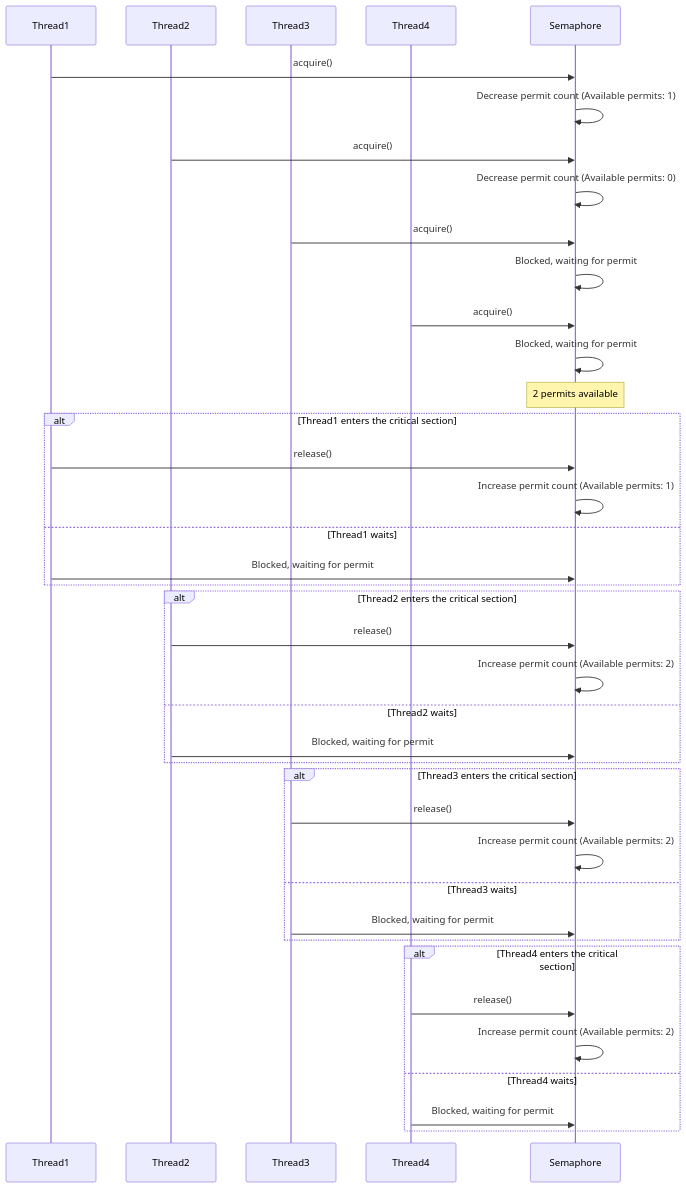
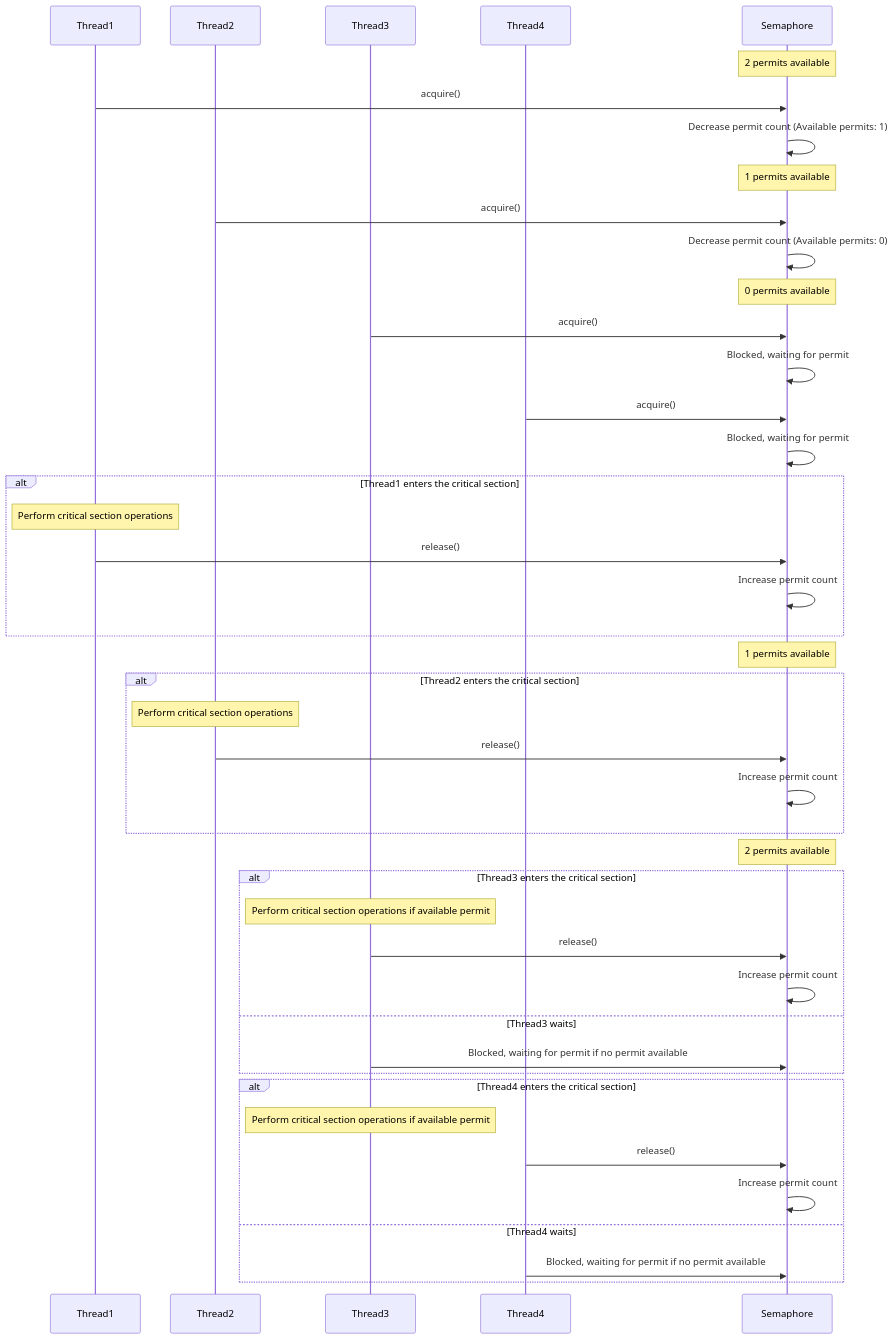
Before and after one commit to dtherhtun/Learning-Java: the first of 5 diagrams in src/com/turing/javase4thbatch/synchronizers/README.md, drawn with Mermaid. The commit also changed other lines of this file, not shown here.

Commit message:
update Diagram code

````diff
--- a/src/com/turing/javase4thbatch/synchronizers/README.md
+++ b/src/com/turing/javase4thbatch/synchronizers/README.md
@@ -7,48 +7,51 @@
 ```mermaid
 sequenceDiagram
     participant Thread1
     participant Thread2
     participant Thread3
     participant Thread4
     participant Semaphore
+    
+    Note over Semaphore: 2 permits available
 
     Thread1->>Semaphore: acquire()
     Semaphore->>Semaphore: Decrease permit count (Available permits: 1)
+    Note over Semaphore: 1 permits available
     Thread2->>Semaphore: acquire()
     Semaphore->>Semaphore: Decrease permit count (Available permits: 0)
+    Note over Semaphore: 0 permits available
     Thread3->>Semaphore: acquire()
     Semaphore->>Semaphore: Blocked, waiting for permit
     Thread4->>Semaphore: acquire()
     Semaphore->>Semaphore: Blocked, waiting for permit
 
+    alt Thread1 enters the critical section
+        Note over Thread1: Perform critical section operations
+        Thread1->>Semaphore: release()
+        Semaphore->>Semaphore: Increase permit count 
+    end
+    Note over Semaphore: 1 permits available
+
+    alt Thread2 enters the critical section
+        Note over Thread2: Perform critical section operations
+        Thread2->>Semaphore: release()
+        Semaphore->>Semaphore: Increase permit count 
+    end
     Note over Semaphore: 2 permits available
 
-    alt Thread1 enters the critical section
-        Thread1->>Semaphore: release()
-        Semaphore->>Semaphore: Increase permit count (Available permits: 1)
-    else Thread1 waits
-        Thread1->>Semaphore: Blocked, waiting for permit
-    end
-
-    alt Thread2 enters the critical section
-        Thread2->>Semaphore: release()
-        Semaphore->>Semaphore: Increase permit count (Available permits: 2)
-    else Thread2 waits
-        Thread2->>Semaphore: Blocked, waiting for permit
-    end
-
     alt Thread3 enters the critical section
+        Note over Thread3: Perform critical section operations if available permit
         Thread3->>Semaphore: release()
-        Semaphore->>Semaphore: Increase permit count (Available permits: 2)
+        Semaphore->>Semaphore: Increase permit count 
     else Thread3 waits
-        Thread3->>Semaphore: Blocked, waiting for permit
+        Thread3->>Semaphore: Blocked, waiting for permit if no permit available
     end
 
     alt Thread4 enters the critical section
+        Note over Thread3: Perform critical section operations if available permit
         Thread4->>Semaphore: release()
-        Semaphore->>Semaphore: Increase permit count (Available permits: 2)
+        Semaphore->>Semaphore: Increase permit count 
     else Thread4 waits
-        Thread4->>Semaphore: Blocked, waiting for permit
+        Thread4->>Semaphore: Blocked, waiting for permit if no permit available
     end
-
 ```
````
